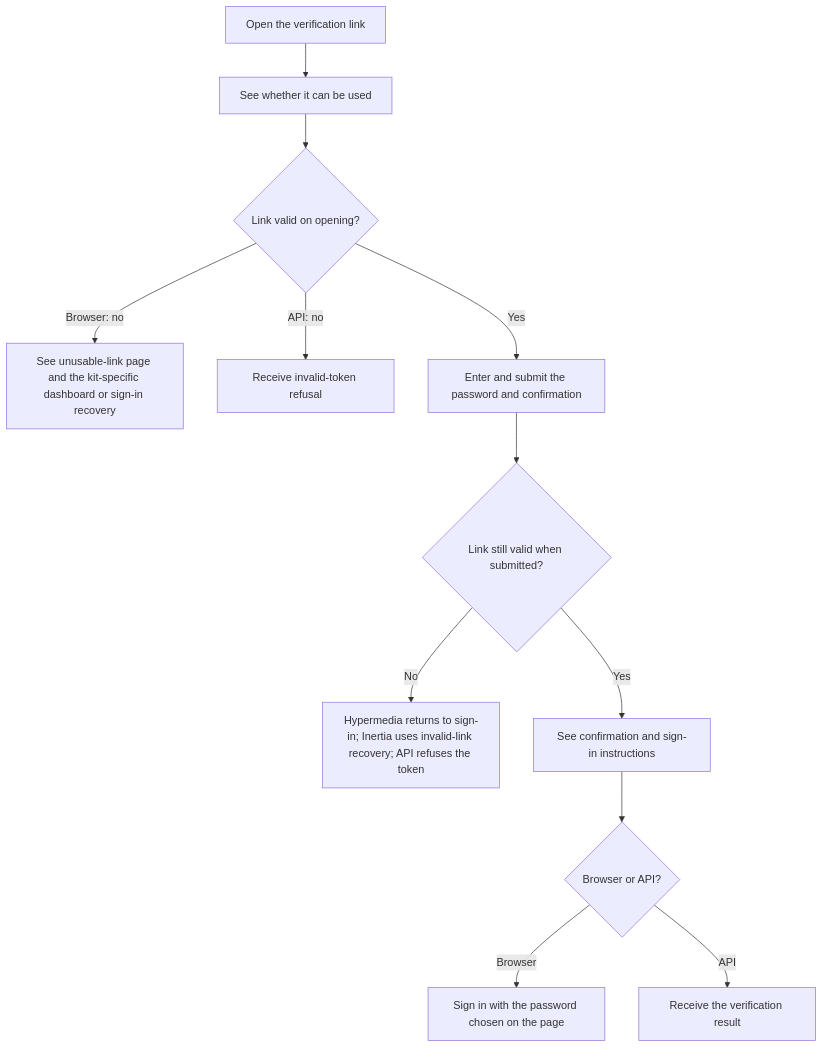
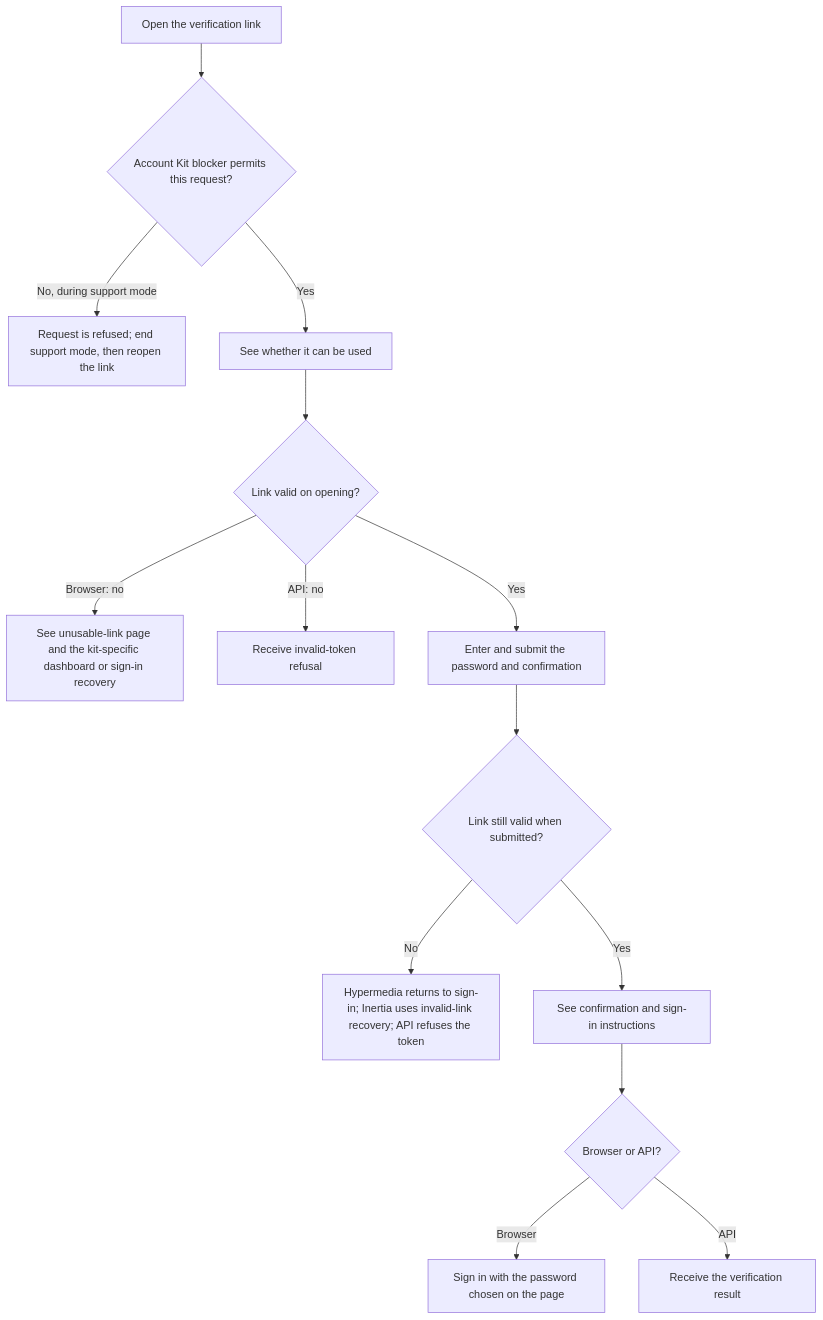
The first of 2 diagrams in user-stories/accounts/us-account-11-complete-email-verification.md (Kevinjohn/oss-adonisjs-starter-examples), drawn with Mermaid before and after one commit. The commit also changed other lines of this file and 12 other files, not shown here.

````diff
--- a/user-stories/accounts/us-account-11-complete-email-verification.md
+++ b/user-stories/accounts/us-account-11-complete-email-verification.md
@@ -30,14 +31,16 @@
 ```mermaid
 flowchart TD
-    A["Open the verification link"] --> B["See whether it can be used"]
+    A["Open the verification link"] --> Z{"Account Kit blocker permits this request?"}
+    Z -->|No, during support mode| Z1["Request is refused; end support mode, then reopen the link"]
+    Z -->|Yes| B["See whether it can be used"]
     B --> C{"Link valid on opening?"}
     C -->|Browser: no| D["See unusable-link page and the kit-specific dashboard or sign-in recovery"]
     C -->|API: no| L["Receive invalid-token refusal"]
     C -->|Yes| E["Enter and submit the password and confirmation"]
     E --> F{"Link still valid when submitted?"}
     F -->|No| G["Hypermedia returns to sign-in; Inertia uses invalid-link recovery; API refuses the token"]
     F -->|Yes| H["See confirmation and sign-in instructions"]
     H --> I{"Browser or API?"}
     I -->|Browser| J["Sign in with the password chosen on the page"]
     I -->|API| K["Receive the verification result"]
 ```
````
